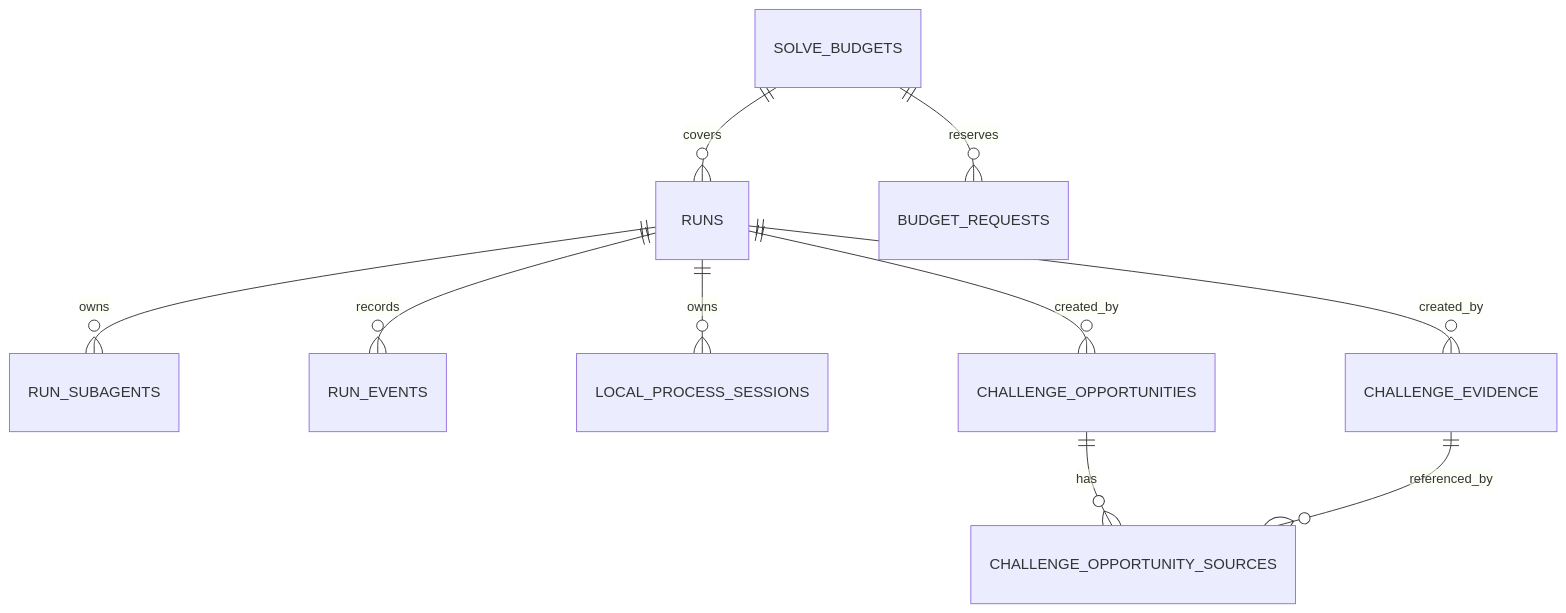
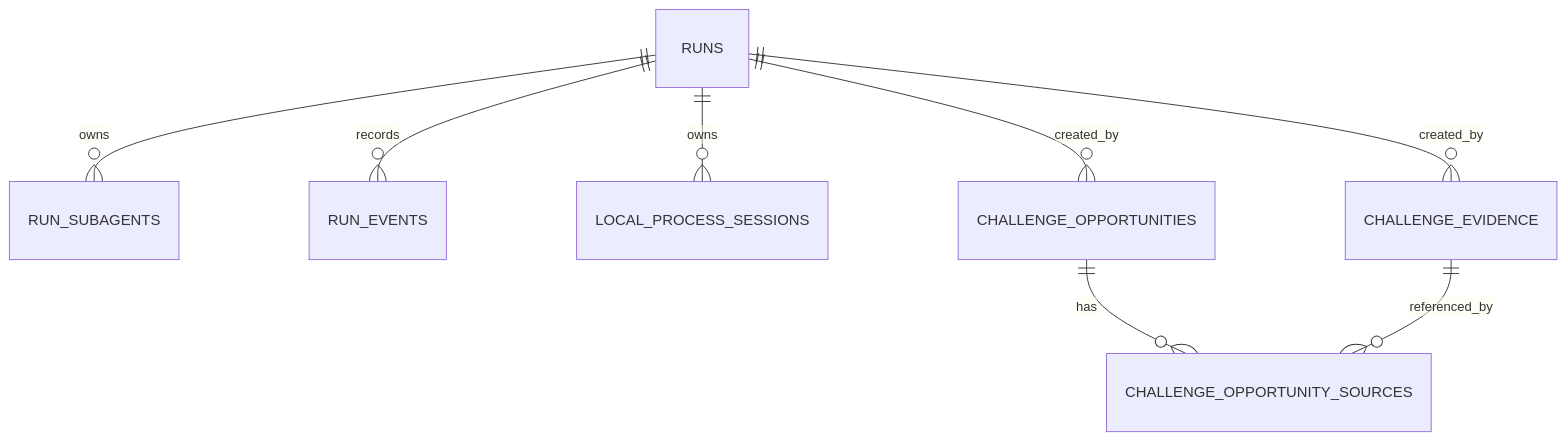
The fourth of 6 diagrams in docs/ctf-optimization-development-design.md (YunSeeTeam/jyff-agent), drawn with Mermaid before and after one commit. The commit also changed other lines of this file and 18 other files, not shown here.

````diff
--- a/docs/ctf-optimization-development-design.md
+++ b/docs/ctf-optimization-development-design.md
@@ -447,12 +445,10 @@
 ```mermaid
 erDiagram
-  SOLVE_BUDGETS ||--o{ RUNS : covers
-  SOLVE_BUDGETS ||--o{ BUDGET_REQUESTS : reserves
   RUNS ||--o{ RUN_SUBAGENTS : owns
   RUNS ||--o{ RUN_EVENTS : records
   RUNS ||--o{ LOCAL_PROCESS_SESSIONS : owns
   RUNS ||--o{ CHALLENGE_EVIDENCE : created_by
   RUNS ||--o{ CHALLENGE_OPPORTUNITIES : created_by
   CHALLENGE_OPPORTUNITIES ||--o{ CHALLENGE_OPPORTUNITY_SOURCES : has
   CHALLENGE_EVIDENCE ||--o{ CHALLENGE_OPPORTUNITY_SOURCES : referenced_by
 ```
````
